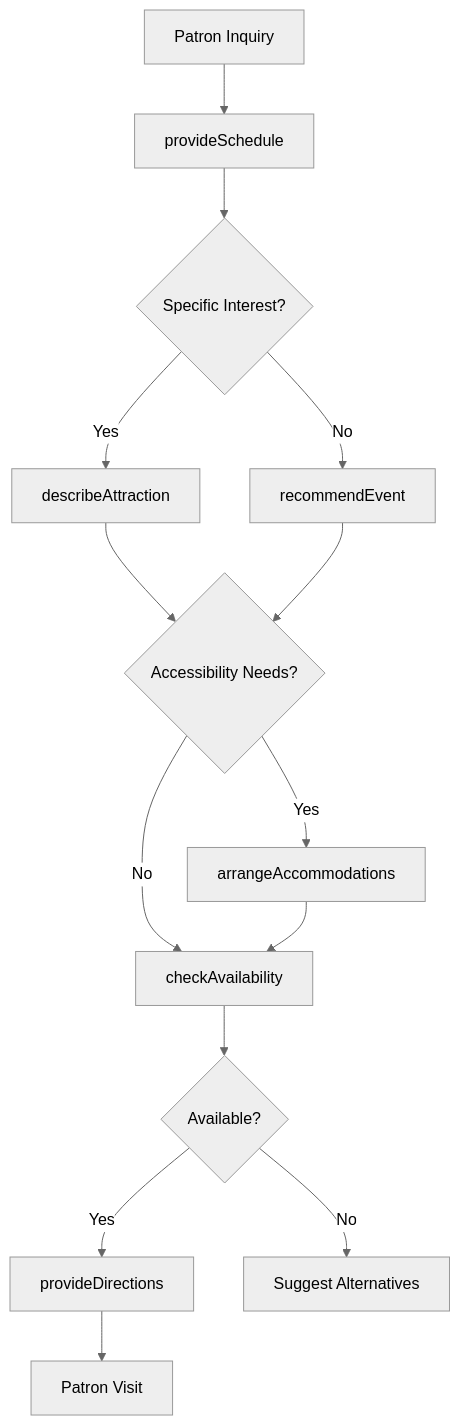
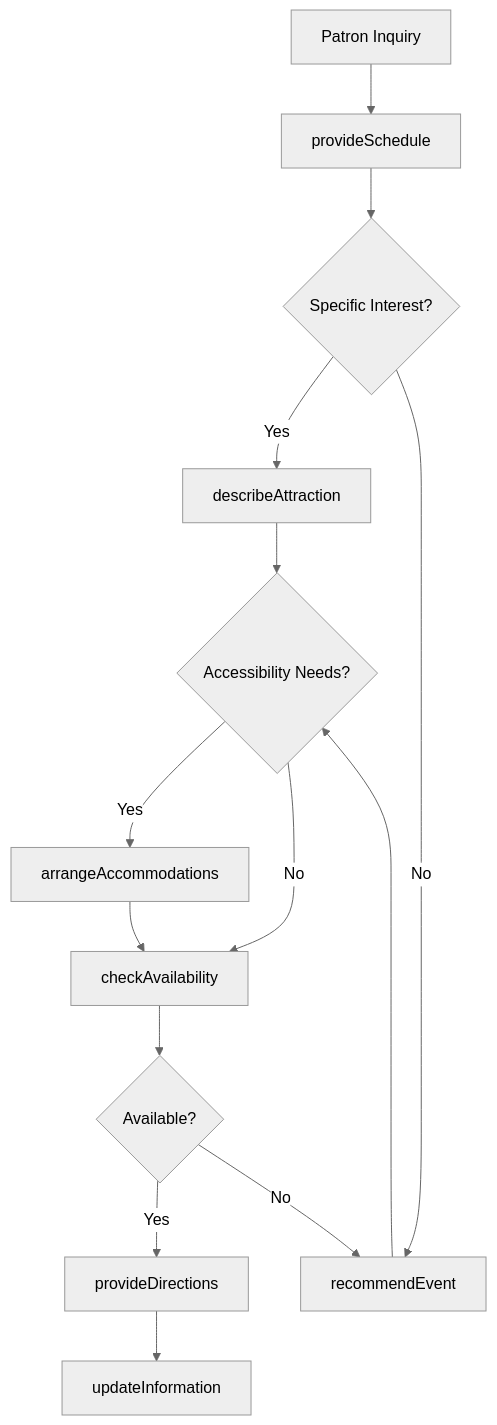
Before and after one commit to dot-org-ai/tasks.org.ai: the third of 4 diagrams in CommunicatingWithPeopleOutsideTheOrganization/ProvideInformationToGuestsClientsOrCustomers/ProvideAttractionEventInformationPatrons.mdx, drawn with Mermaid (neutral theme). The commit also changed other lines of this file and 504 other files, not shown here.

First line of the commit message:
feat: Add ER diagrams, state diagrams, and workflow improvements to 96 DWA task files

````diff
--- a/CommunicatingWithPeopleOutsideTheOrganization/ProvideInformationToGuestsClientsOrCustomers/ProvideAttractionEventInformationPatrons.mdx
+++ b/CommunicatingWithPeopleOutsideTheOrganization/ProvideInformationToGuestsClientsOrCustomers/ProvideAttractionEventInformationPatrons.mdx
@@ -87,16 +114,16 @@
 ```mermaid
 graph TD
     A[Patron Inquiry] --> B[provideSchedule]
     B --> C{Specific Interest?}
     C -->|Yes| D[describeAttraction]
     C -->|No| E[recommendEvent]
     D --> F{Accessibility Needs?}
     E --> F
     F -->|Yes| G[arrangeAccommodations]
     F -->|No| H[checkAvailability]
     G --> H
     H --> I{Available?}
     I -->|Yes| J[provideDirections]
-    I -->|No| K[Suggest Alternatives]
-    J --> L[Patron Visit]
+    I -->|No| E
+    J --> K[updateInformation]
 ```
````
